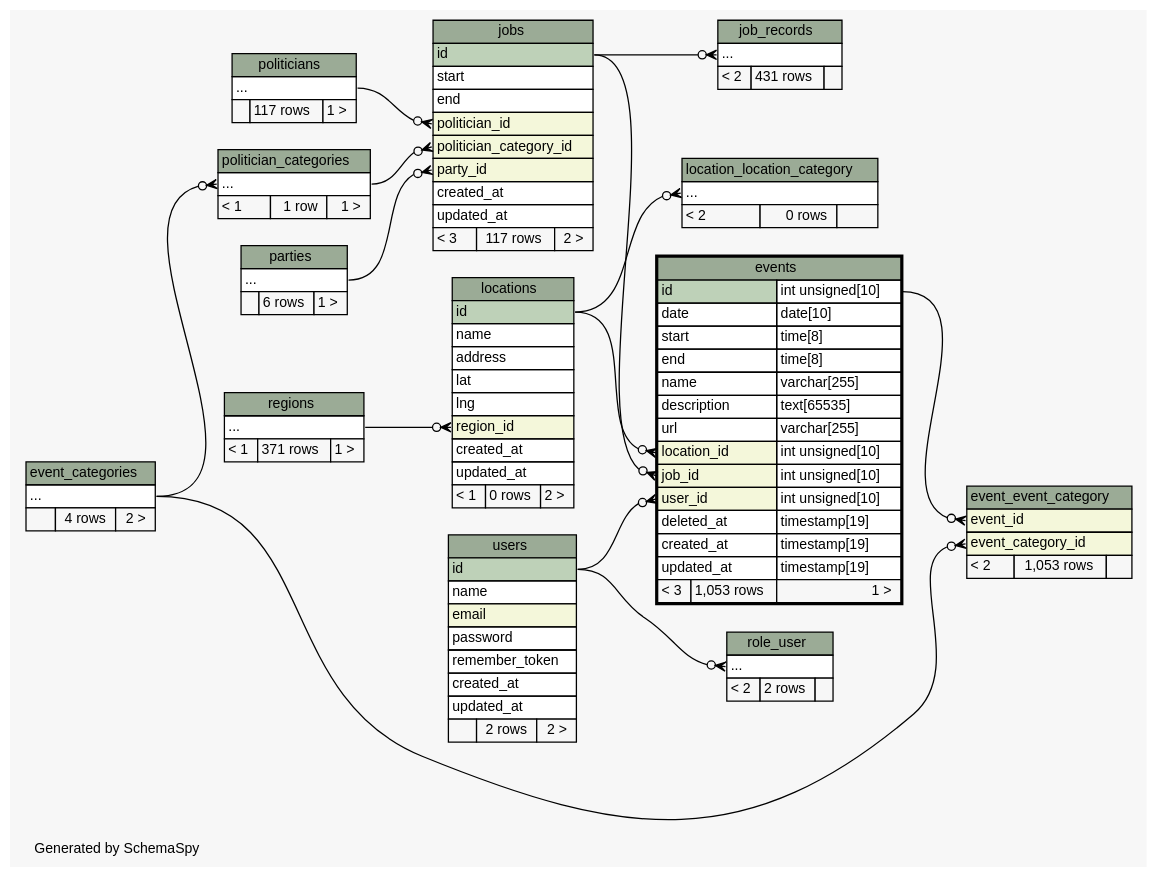
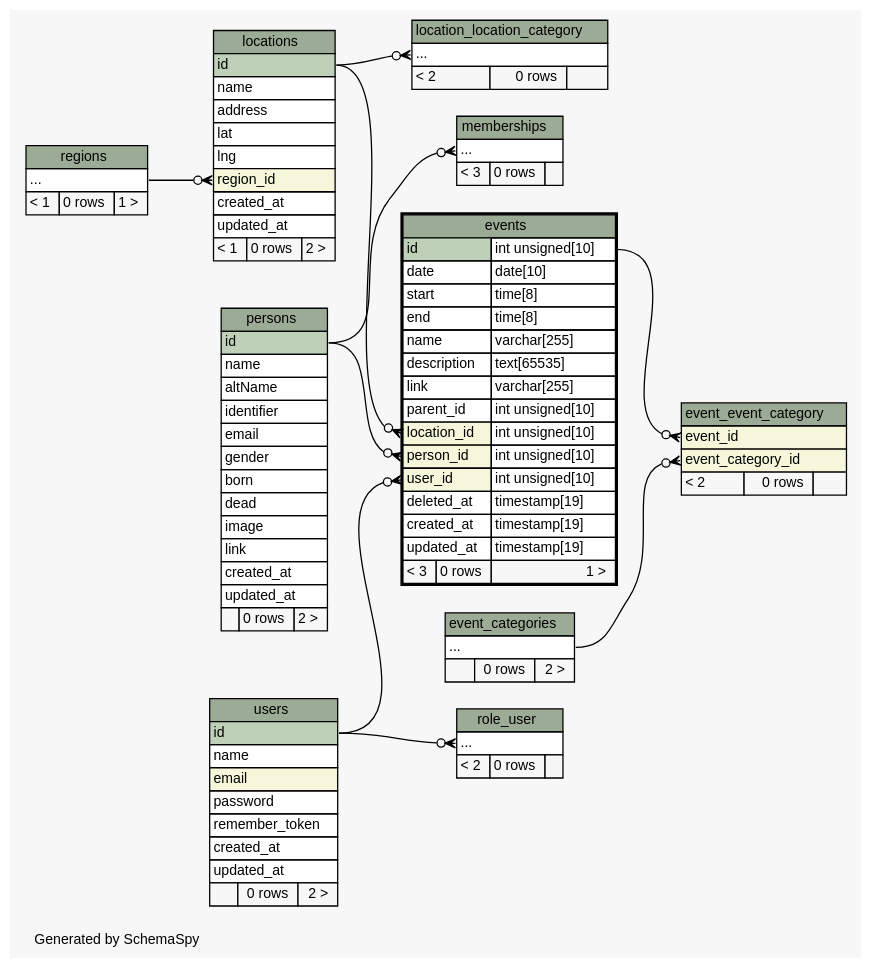
Before and after one commit to g0v/poli-radar-api: the diagram in docs/diagrams/events.2degrees.dot, drawn with Graphviz. The commit also changed 140 other files, not shown here.

```diff
--- a/docs/diagrams/events.2degrees.dot
+++ b/docs/diagrams/events.2degrees.dot
@@ -21,23 +21,19 @@
   ];
   "event_event_category":"event_category_id":w -> "event_categories":"elipses":e [arrowhead=none dir=back arrowtail=crowodot];
   "event_event_category":"event_id":w -> "events":"id.type":e [arrowhead=none dir=back arrowtail=crowodot];
-  "events":"job_id":w -> "jobs":"id":e [arrowhead=none dir=back arrowtail=crowodot];
   "events":"location_id":w -> "locations":"id":e [arrowhead=none dir=back arrowtail=crowodot];
+  "events":"person_id":w -> "persons":"id":e [arrowhead=none dir=back arrowtail=crowodot];
   "events":"user_id":w -> "users":"id":e [arrowhead=none dir=back arrowtail=crowodot];
-  "job_records":"elipses":w -> "jobs":"id":e [arrowhead=none dir=back arrowtail=crowodot];
-  "jobs":"party_id":w -> "parties":"elipses":e [arrowhead=none dir=back arrowtail=crowodot];
-  "jobs":"politician_category_id":w -> "politician_categories":"elipses":e [arrowhead=none dir=back arrowtail=crowodot];
-  "jobs":"politician_id":w -> "politicians":"elipses":e [arrowhead=none dir=back arrowtail=crowodot];
   "location_location_category":"elipses":w -> "locations":"id":e [arrowhead=none dir=back arrowtail=crowodot];
   "locations":"region_id":w -> "regions":"elipses":e [arrowhead=none dir=back arrowtail=crowodot];
-  "politician_categories":"elipses":w -> "event_categories":"elipses":e [arrowhead=none dir=back arrowtail=crowodot];
+  "memberships":"elipses":w -> "persons":"id":e [arrowhead=none dir=back arrowtail=crowodot];
   "role_user":"elipses":w -> "users":"id":e [arrowhead=none dir=back arrowtail=crowodot];
   "event_categories" [
     label=<
     <TABLE BORDER="0" CELLBORDER="1" CELLSPACING="0" BGCOLOR="#ffffff">
       <TR><TD COLSPAN="3" BGCOLOR="#9bab96" ALIGN="CENTER">event_categories</TD></TR>
       <TR><TD PORT="elipses" COLSPAN="3" ALIGN="LEFT">...</TD></TR>
-      <TR><TD ALIGN="LEFT" BGCOLOR="#f7f7f7">  </TD><TD ALIGN="RIGHT" BGCOLOR="#f7f7f7">4 rows</TD><TD ALIGN="RIGHT" BGCOLOR="#f7f7f7">2 &gt;</TD></TR>
+      <TR><TD ALIGN="LEFT" BGCOLOR="#f7f7f7">  </TD><TD ALIGN="RIGHT" BGCOLOR="#f7f7f7">0 rows</TD><TD ALIGN="RIGHT" BGCOLOR="#f7f7f7">2 &gt;</TD></TR>
     </TABLE>>
     URL="event_categories.html"
     tooltip="event_categories"
@@ -48,7 +44,7 @@
       <TR><TD COLSPAN="3" BGCOLOR="#9bab96" ALIGN="CENTER">event_event_category</TD></TR>
       <TR><TD PORT="event_id" COLSPAN="3" BGCOLOR="#f4f7da" ALIGN="LEFT">event_id</TD></TR>
       <TR><TD PORT="event_category_id" COLSPAN="3" BGCOLOR="#f4f7da" ALIGN="LEFT">event_category_id</TD></TR>
-      <TR><TD ALIGN="LEFT" BGCOLOR="#f7f7f7">&lt; 2</TD><TD ALIGN="RIGHT" BGCOLOR="#f7f7f7">1,053 rows</TD><TD ALIGN="RIGHT" BGCOLOR="#f7f7f7">  </TD></TR>
+      <TR><TD ALIGN="LEFT" BGCOLOR="#f7f7f7">&lt; 2</TD><TD ALIGN="RIGHT" BGCOLOR="#f7f7f7">0 rows</TD><TD ALIGN="RIGHT" BGCOLOR="#f7f7f7">  </TD></TR>
     </TABLE>>
     URL="event_event_category.html"
     tooltip="event_event_category"
@@ -63,44 +59,18 @@
       <TR><TD PORT="end" COLSPAN="2" ALIGN="LEFT">end</TD><TD PORT="end.type" ALIGN="LEFT">time[8]</TD></TR>
       <TR><TD PORT="name" COLSPAN="2" ALIGN="LEFT">name</TD><TD PORT="name.type" ALIGN="LEFT">varchar[255]</TD></TR>
       <TR><TD PORT="description" COLSPAN="2" ALIGN="LEFT">description</TD><TD PORT="description.type" ALIGN="LEFT">text[65535]</TD></TR>
-      <TR><TD PORT="url" COLSPAN="2" ALIGN="LEFT">url</TD><TD PORT="url.type" ALIGN="LEFT">varchar[255]</TD></TR>
+      <TR><TD PORT="link" COLSPAN="2" ALIGN="LEFT">link</TD><TD PORT="link.type" ALIGN="LEFT">varchar[255]</TD></TR>
+      <TR><TD PORT="parent_id" COLSPAN="2" ALIGN="LEFT">parent_id</TD><TD PORT="parent_id.type" ALIGN="LEFT">int unsigned[10]</TD></TR>
       <TR><TD PORT="location_id" COLSPAN="2" BGCOLOR="#f4f7da" ALIGN="LEFT">location_id</TD><TD PORT="location_id.type" ALIGN="LEFT">int unsigned[10]</TD></TR>
-      <TR><TD PORT="job_id" COLSPAN="2" BGCOLOR="#f4f7da" ALIGN="LEFT">job_id</TD><TD PORT="job_id.type" ALIGN="LEFT">int unsigned[10]</TD></TR>
+      <TR><TD PORT="person_id" COLSPAN="2" BGCOLOR="#f4f7da" ALIGN="LEFT">person_id</TD><TD PORT="person_id.type" ALIGN="LEFT">int unsigned[10]</TD></TR>
       <TR><TD PORT="user_id" COLSPAN="2" BGCOLOR="#f4f7da" ALIGN="LEFT">user_id</TD><TD PORT="user_id.type" ALIGN="LEFT">int unsigned[10]</TD></TR>
       <TR><TD PORT="deleted_at" COLSPAN="2" ALIGN="LEFT">deleted_at</TD><TD PORT="deleted_at.type" ALIGN="LEFT">timestamp[19]</TD></TR>
       <TR><TD PORT="created_at" COLSPAN="2" ALIGN="LEFT">created_at</TD><TD PORT="created_at.type" ALIGN="LEFT">timestamp[19]</TD></TR>
       <TR><TD PORT="updated_at" COLSPAN="2" ALIGN="LEFT">updated_at</TD><TD PORT="updated_at.type" ALIGN="LEFT">timestamp[19]</TD></TR>
-      <TR><TD ALIGN="LEFT" BGCOLOR="#f7f7f7">&lt; 3</TD><TD ALIGN="RIGHT" BGCOLOR="#f7f7f7">1,053 rows</TD><TD ALIGN="RIGHT" BGCOLOR="#f7f7f7">1 &gt;</TD></TR>
+      <TR><TD ALIGN="LEFT" BGCOLOR="#f7f7f7">&lt; 3</TD><TD ALIGN="RIGHT" BGCOLOR="#f7f7f7">0 rows</TD><TD ALIGN="RIGHT" BGCOLOR="#f7f7f7">1 &gt;</TD></TR>
     </TABLE>>
     URL="events.html"
     tooltip="events"
-  ];
-  "job_records" [
-    label=<
-    <TABLE BORDER="0" CELLBORDER="1" CELLSPACING="0" BGCOLOR="#ffffff">
-      <TR><TD COLSPAN="3" BGCOLOR="#9bab96" ALIGN="CENTER">job_records</TD></TR>
-      <TR><TD PORT="elipses" COLSPAN="3" ALIGN="LEFT">...</TD></TR>
-      <TR><TD ALIGN="LEFT" BGCOLOR="#f7f7f7">&lt; 2</TD><TD ALIGN="RIGHT" BGCOLOR="#f7f7f7">431 rows</TD><TD ALIGN="RIGHT" BGCOLOR="#f7f7f7">  </TD></TR>
-    </TABLE>>
-    URL="job_records.html"
-    tooltip="job_records"
-  ];
-  "jobs" [
-    label=<
-    <TABLE BORDER="0" CELLBORDER="1" CELLSPACING="0" BGCOLOR="#ffffff">
-      <TR><TD COLSPAN="3" BGCOLOR="#9bab96" ALIGN="CENTER">jobs</TD></TR>
-      <TR><TD PORT="id" COLSPAN="3" BGCOLOR="#bed1b8" ALIGN="LEFT">id</TD></TR>
-      <TR><TD PORT="start" COLSPAN="3" ALIGN="LEFT">start</TD></TR>
-      <TR><TD PORT="end" COLSPAN="3" ALIGN="LEFT">end</TD></TR>
-      <TR><TD PORT="politician_id" COLSPAN="3" BGCOLOR="#f4f7da" ALIGN="LEFT">politician_id</TD></TR>
-      <TR><TD PORT="politician_category_id" COLSPAN="3" BGCOLOR="#f4f7da" ALIGN="LEFT">politician_category_id</TD></TR>
-      <TR><TD PORT="party_id" COLSPAN="3" BGCOLOR="#f4f7da" ALIGN="LEFT">party_id</TD></TR>
-      <TR><TD PORT="created_at" COLSPAN="3" ALIGN="LEFT">created_at</TD></TR>
-      <TR><TD PORT="updated_at" COLSPAN="3" ALIGN="LEFT">updated_at</TD></TR>
-      <TR><TD ALIGN="LEFT" BGCOLOR="#f7f7f7">&lt; 3</TD><TD ALIGN="RIGHT" BGCOLOR="#f7f7f7">117 rows</TD><TD ALIGN="RIGHT" BGCOLOR="#f7f7f7">2 &gt;</TD></TR>
-    </TABLE>>
-    URL="jobs.html"
-    tooltip="jobs"
   ];
   "location_location_category" [
     label=<
@@ -129,42 +99,43 @@
     URL="locations.html"
     tooltip="locations"
   ];
-  "parties" [
+  "memberships" [
     label=<
     <TABLE BORDER="0" CELLBORDER="1" CELLSPACING="0" BGCOLOR="#ffffff">
-      <TR><TD COLSPAN="3" BGCOLOR="#9bab96" ALIGN="CENTER">parties</TD></TR>
+      <TR><TD COLSPAN="3" BGCOLOR="#9bab96" ALIGN="CENTER">memberships</TD></TR>
       <TR><TD PORT="elipses" COLSPAN="3" ALIGN="LEFT">...</TD></TR>
-      <TR><TD ALIGN="LEFT" BGCOLOR="#f7f7f7">  </TD><TD ALIGN="RIGHT" BGCOLOR="#f7f7f7">6 rows</TD><TD ALIGN="RIGHT" BGCOLOR="#f7f7f7">1 &gt;</TD></TR>
+      <TR><TD ALIGN="LEFT" BGCOLOR="#f7f7f7">&lt; 3</TD><TD ALIGN="RIGHT" BGCOLOR="#f7f7f7">0 rows</TD><TD ALIGN="RIGHT" BGCOLOR="#f7f7f7">  </TD></TR>
     </TABLE>>
-    URL="parties.html"
-    tooltip="parties"
+    URL="memberships.html"
+    tooltip="memberships"
   ];
-  "politician_categories" [
+  "persons" [
     label=<
     <TABLE BORDER="0" CELLBORDER="1" CELLSPACING="0" BGCOLOR="#ffffff">
-      <TR><TD COLSPAN="3" BGCOLOR="#9bab96" ALIGN="CENTER">politician_categories</TD></TR>
-      <TR><TD PORT="elipses" COLSPAN="3" ALIGN="LEFT">...</TD></TR>
-      <TR><TD ALIGN="LEFT" BGCOLOR="#f7f7f7">&lt; 1</TD><TD ALIGN="RIGHT" BGCOLOR="#f7f7f7">1 row</TD><TD ALIGN="RIGHT" BGCOLOR="#f7f7f7">1 &gt;</TD></TR>
+      <TR><TD COLSPAN="3" BGCOLOR="#9bab96" ALIGN="CENTER">persons</TD></TR>
+      <TR><TD PORT="id" COLSPAN="3" BGCOLOR="#bed1b8" ALIGN="LEFT">id</TD></TR>
+      <TR><TD PORT="name" COLSPAN="3" ALIGN="LEFT">name</TD></TR>
+      <TR><TD PORT="altName" COLSPAN="3" ALIGN="LEFT">altName</TD></TR>
+      <TR><TD PORT="identifier" COLSPAN="3" ALIGN="LEFT">identifier</TD></TR>
+      <TR><TD PORT="email" COLSPAN="3" ALIGN="LEFT">email</TD></TR>
+      <TR><TD PORT="gender" COLSPAN="3" ALIGN="LEFT">gender</TD></TR>
+      <TR><TD PORT="born" COLSPAN="3" ALIGN="LEFT">born</TD></TR>
+      <TR><TD PORT="dead" COLSPAN="3" ALIGN="LEFT">dead</TD></TR>
+      <TR><TD PORT="image" COLSPAN="3" ALIGN="LEFT">image</TD></TR>
+      <TR><TD PORT="link" COLSPAN="3" ALIGN="LEFT">link</TD></TR>
+      <TR><TD PORT="created_at" COLSPAN="3" ALIGN="LEFT">created_at</TD></TR>
+      <TR><TD PORT="updated_at" COLSPAN="3" ALIGN="LEFT">updated_at</TD></TR>
+      <TR><TD ALIGN="LEFT" BGCOLOR="#f7f7f7">  </TD><TD ALIGN="RIGHT" BGCOLOR="#f7f7f7">0 rows</TD><TD ALIGN="RIGHT" BGCOLOR="#f7f7f7">2 &gt;</TD></TR>
     </TABLE>>
-    URL="politician_categories.html"
-    tooltip="politician_categories"
-  ];
-  "politicians" [
-    label=<
-    <TABLE BORDER="0" CELLBORDER="1" CELLSPACING="0" BGCOLOR="#ffffff">
-      <TR><TD COLSPAN="3" BGCOLOR="#9bab96" ALIGN="CENTER">politicians</TD></TR>
-      <TR><TD PORT="elipses" COLSPAN="3" ALIGN="LEFT">...</TD></TR>
-      <TR><TD ALIGN="LEFT" BGCOLOR="#f7f7f7">  </TD><TD ALIGN="RIGHT" BGCOLOR="#f7f7f7">117 rows</TD><TD ALIGN="RIGHT" BGCOLOR="#f7f7f7">1 &gt;</TD></TR>
-    </TABLE>>
-    URL="politicians.html"
-    tooltip="politicians"
+    URL="persons.html"
+    tooltip="persons"
   ];
   "regions" [
     label=<
     <TABLE BORDER="0" CELLBORDER="1" CELLSPACING="0" BGCOLOR="#ffffff">
       <TR><TD COLSPAN="3" BGCOLOR="#9bab96" ALIGN="CENTER">regions</TD></TR>
       <TR><TD PORT="elipses" COLSPAN="3" ALIGN="LEFT">...</TD></TR>
-      <TR><TD ALIGN="LEFT" BGCOLOR="#f7f7f7">&lt; 1</TD><TD ALIGN="RIGHT" BGCOLOR="#f7f7f7">371 rows</TD><TD ALIGN="RIGHT" BGCOLOR="#f7f7f7">1 &gt;</TD></TR>
+      <TR><TD ALIGN="LEFT" BGCOLOR="#f7f7f7">&lt; 1</TD><TD ALIGN="RIGHT" BGCOLOR="#f7f7f7">0 rows</TD><TD ALIGN="RIGHT" BGCOLOR="#f7f7f7">1 &gt;</TD></TR>
     </TABLE>>
     URL="regions.html"
     tooltip="regions"
@@ -174,7 +145,7 @@
     <TABLE BORDER="0" CELLBORDER="1" CELLSPACING="0" BGCOLOR="#ffffff">
       <TR><TD COLSPAN="3" BGCOLOR="#9bab96" ALIGN="CENTER">role_user</TD></TR>
       <TR><TD PORT="elipses" COLSPAN="3" ALIGN="LEFT">...</TD></TR>
-      <TR><TD ALIGN="LEFT" BGCOLOR="#f7f7f7">&lt; 2</TD><TD ALIGN="RIGHT" BGCOLOR="#f7f7f7">2 rows</TD><TD ALIGN="RIGHT" BGCOLOR="#f7f7f7">  </TD></TR>
+      <TR><TD ALIGN="LEFT" BGCOLOR="#f7f7f7">&lt; 2</TD><TD ALIGN="RIGHT" BGCOLOR="#f7f7f7">0 rows</TD><TD ALIGN="RIGHT" BGCOLOR="#f7f7f7">  </TD></TR>
     </TABLE>>
     URL="role_user.html"
     tooltip="role_user"
@@ -190,7 +161,7 @@
       <TR><TD PORT="remember_token" COLSPAN="3" ALIGN="LEFT">remember_token</TD></TR>
       <TR><TD PORT="created_at" COLSPAN="3" ALIGN="LEFT">created_at</TD></TR>
       <TR><TD PORT="updated_at" COLSPAN="3" ALIGN="LEFT">updated_at</TD></TR>
-      <TR><TD ALIGN="LEFT" BGCOLOR="#f7f7f7">  </TD><TD ALIGN="RIGHT" BGCOLOR="#f7f7f7">2 rows</TD><TD ALIGN="RIGHT" BGCOLOR="#f7f7f7">2 &gt;</TD></TR>
+      <TR><TD ALIGN="LEFT" BGCOLOR="#f7f7f7">  </TD><TD ALIGN="RIGHT" BGCOLOR="#f7f7f7">0 rows</TD><TD ALIGN="RIGHT" BGCOLOR="#f7f7f7">2 &gt;</TD></TR>
     </TABLE>>
     URL="users.html"
     tooltip="users"
```
